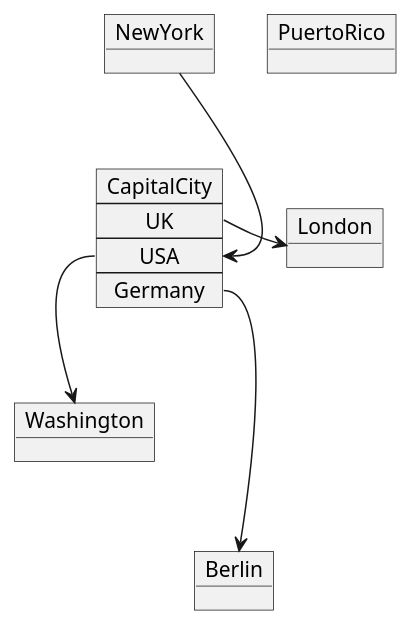
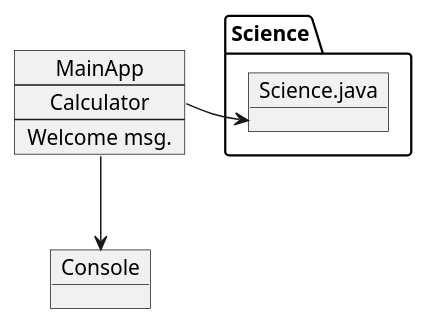
One commit to christhomas1190/SciCalc changed the diagram in ScienceCalc.puml. Above: the diagram before and after it, drawn with PlantUML. The commit also changed 3 other files, not shown here.

```diff
--- a/ScienceCalc.puml
+++ b/ScienceCalc.puml
@@ -1,17 +1,13 @@
 @startuml
 'https://plantuml.com/object-diagram
 
-object London
-object Washington
-object Berlin
-object PuertoRico
-object NewYork
+object Science.java
+object Console
 
-map CapitalCity {
- UK *-> London
- USA *--> Washington
- Germany *---> Berlin
+map MainApp {
+ Calculator *-> Science.java
+ Welcome msg. *--> Console
 }
 
-NewYork --> CapitalCity::USA
+'NewYork --> CapitalCity::USA
 @enduml
```
